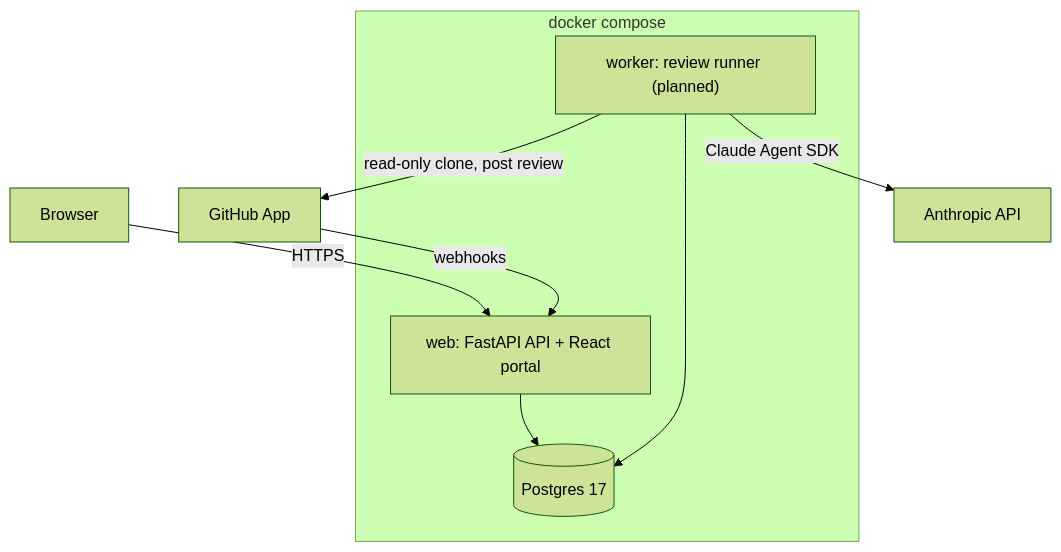
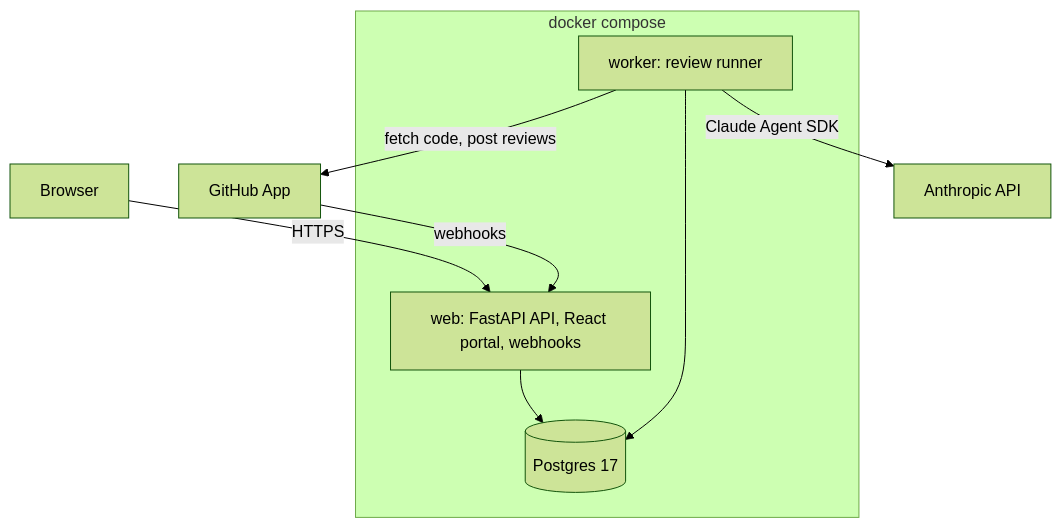
One commit to havelin-labs/chakshu-docs changed the diagram in docs/project/architecture.md. Above: the diagram before and after it, drawn with Mermaid (forest theme). The commit also changed other lines of this file and 2 other files, not shown here.

First line of the commit message:
docs: update configuration, architecture and roadmap for 0.1

````diff
--- a/docs/project/architecture.md
+++ b/docs/project/architecture.md
@@ -3,14 +3,14 @@
 ```mermaid
 flowchart TB
   browser[Browser] -->|HTTPS| web
   github[GitHub App] -->|webhooks| web
   subgraph compose[docker compose]
-    web["web: FastAPI API + React portal"]
-    worker["worker: review runner (planned)"]
+    web["web: FastAPI API, React portal, webhooks"]
+    worker["worker: review runner"]
     db[(Postgres 17)]
     web --> db
     worker --> db
   end
-  worker -->|read-only clone, post review| github
+  worker -->|fetch code, post reviews| github
   worker -->|Claude Agent SDK| anthropic[Anthropic API]
 ```
````
